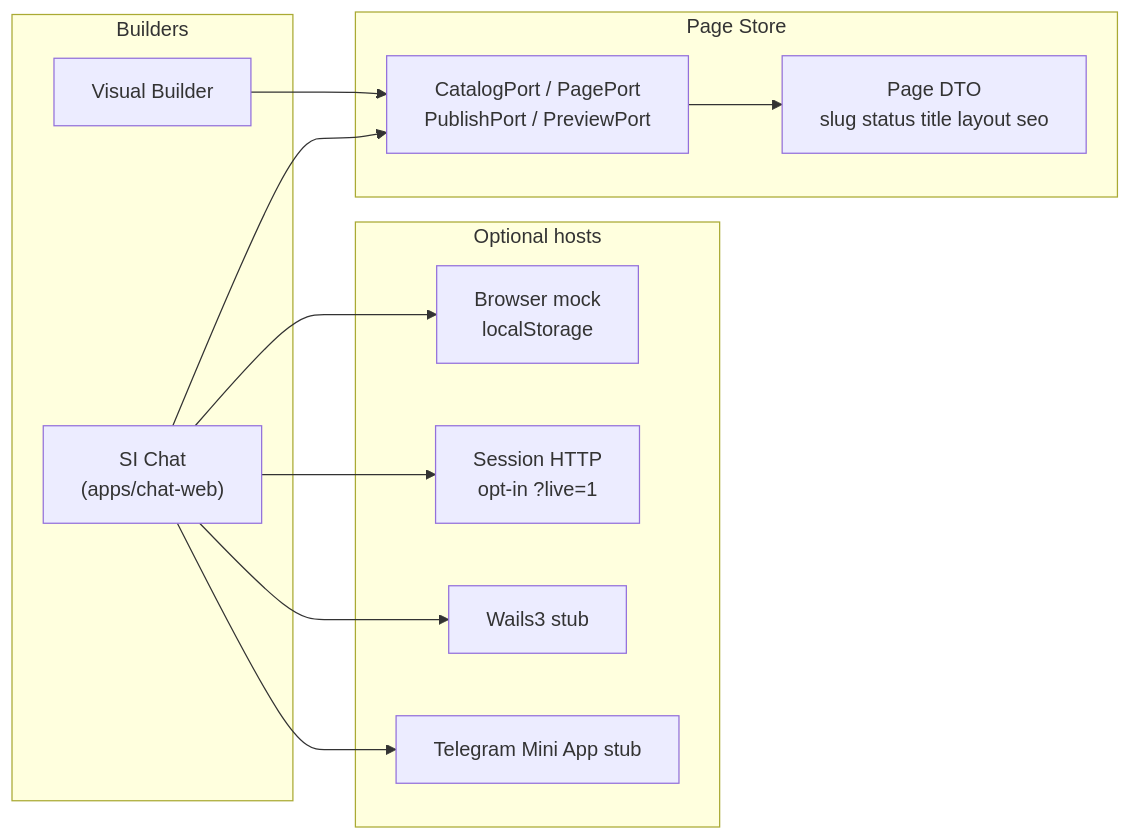
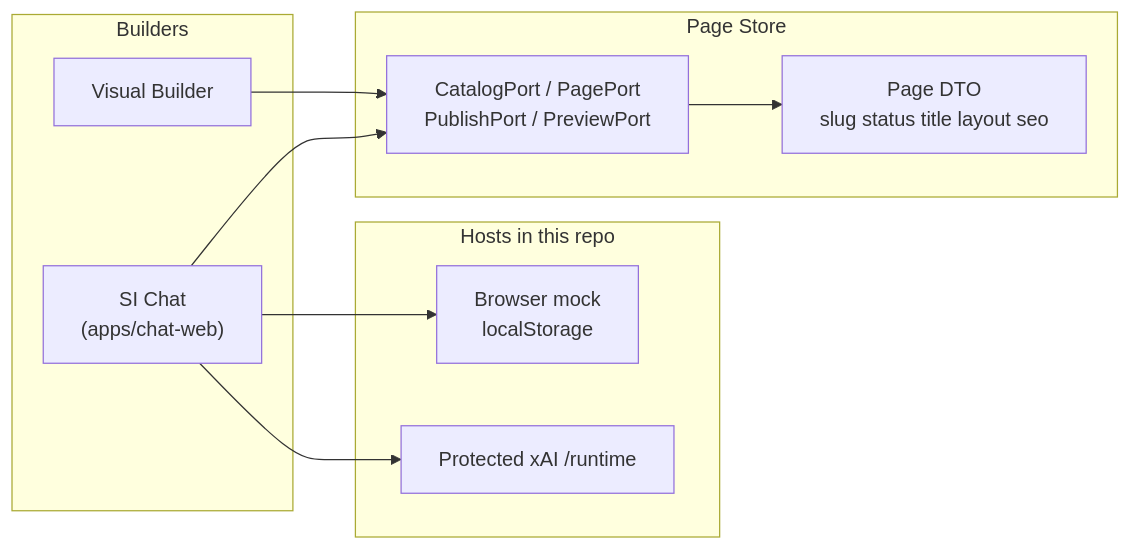
Before and after one commit to buildytech/chat: the diagram in docs/architecture.md, drawn with Mermaid. The commit also changed other lines of this file and 84 other files, not shown here.

First line of the commit message:
Retire Session HTTP, Latte CodePort, and unused host stubs.

````diff
--- a/docs/architecture.md
+++ b/docs/architecture.md
@@ -7,27 +7,23 @@
 ```mermaid
 flowchart LR
   subgraph builders [Builders]
     Visual["Visual Builder"]
     Chat["SI Chat\n(apps/chat-web)"]
   end
 
   subgraph store [Page Store]
     DTO["Page DTO\nslug status title layout seo"]
     Ports["CatalogPort / PagePort\nPublishPort / PreviewPort"]
   end
 
-  subgraph hosts [Optional hosts]
+  subgraph hosts [Hosts in this repo]
     Mock["Browser mock\nlocalStorage"]
-    Session["Session HTTP\nopt-in ?live=1"]
-    Wails["Wails3 stub"]
-    TG["Telegram Mini App stub"]
+    Xai["Protected xAI /runtime"]
   end
 
   Visual --> Ports
   Chat --> Ports
   Ports --> DTO
   Chat --> Mock
-  Chat --> Session
-  Chat --> Wails
-  Chat --> TG
+  Chat --> Xai
 ```
````
